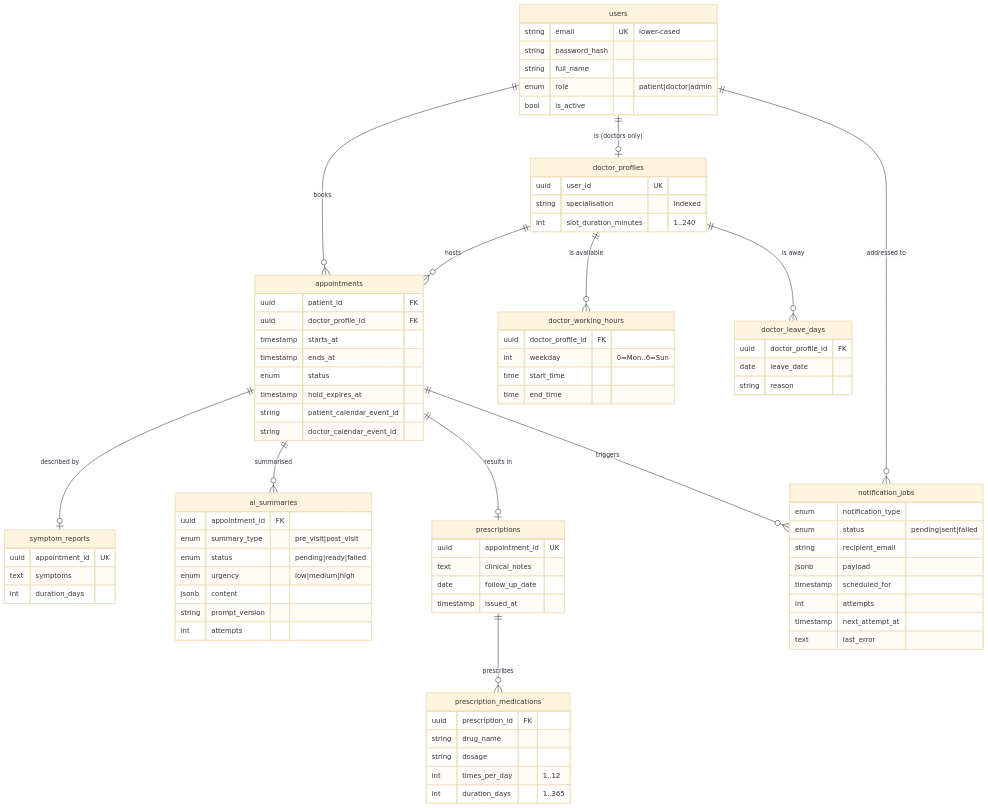
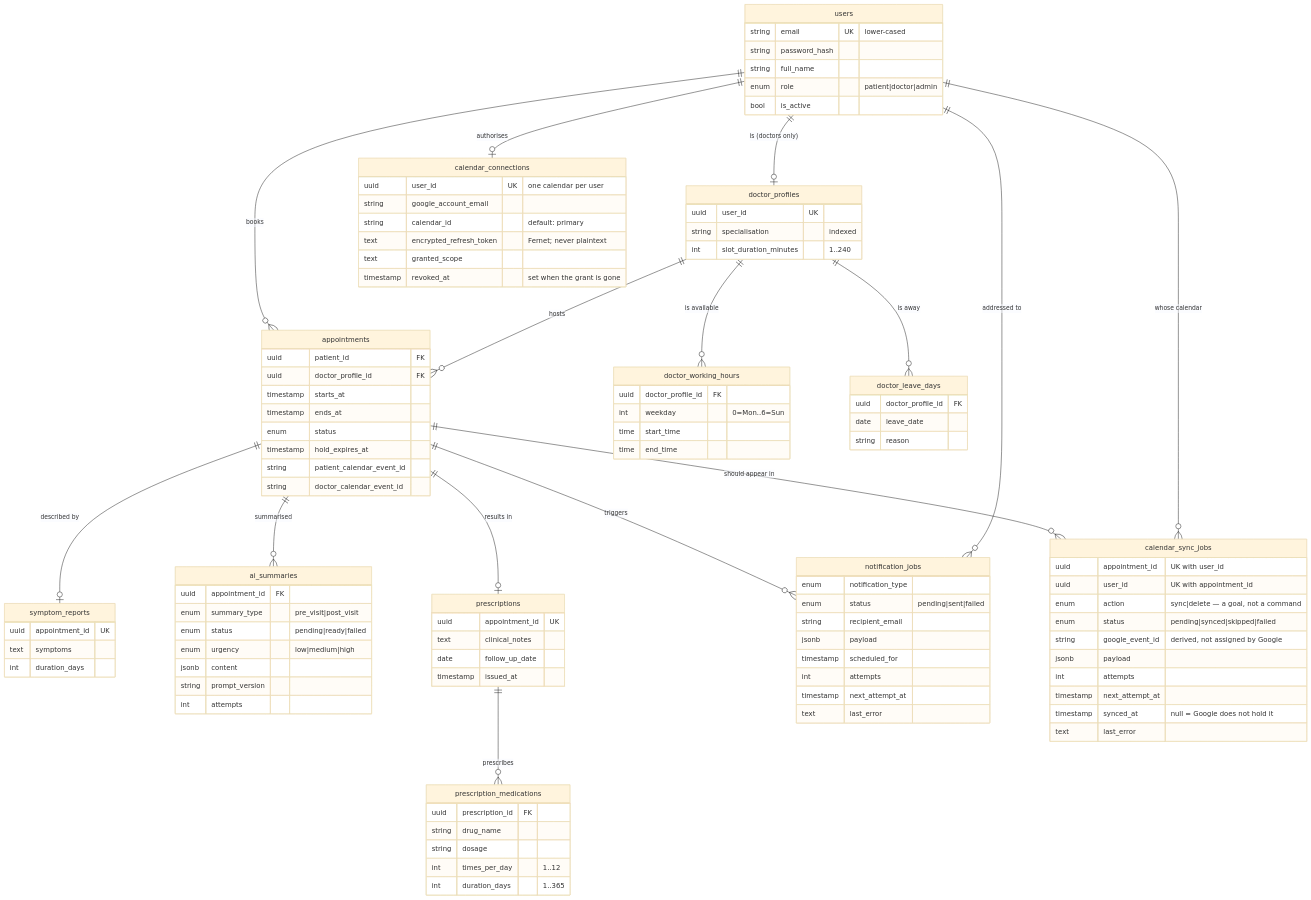
Before and after one commit to Nishant8677/Healthcare_Appointment_Manager: the diagram in docs/data-model.md, drawn with Mermaid (base theme). The commit also changed other lines of this file and 33 other files, not shown here.

First line of the commit message:
feat: sync appointments to Google Calendar as a desired-state reconciler

````diff
--- a/docs/data-model.md
+++ b/docs/data-model.md
@@ -17,6 +18,9 @@
     prescriptions ||--o{ prescription_medications : prescribes
     appointments ||--o{ notification_jobs : triggers
     users ||--o{ notification_jobs : "addressed to"
+    users ||--o| calendar_connections : "authorises"
+    appointments ||--o{ calendar_sync_jobs : "should appear in"
+    users ||--o{ calendar_sync_jobs : "whose calendar"
 
     users {
         string email UK "lower-cased"
@@ -88,4 +92,24 @@
         timestamp next_attempt_at
         text      last_error
     }
+    calendar_connections {
+        uuid      user_id UK "one calendar per user"
+        string    google_account_email
+        string    calendar_id "default: primary"
+        text      encrypted_refresh_token "Fernet; never plaintext"
+        text      granted_scope
+        timestamp revoked_at "set when the grant is gone"
+    }
+    calendar_sync_jobs {
+        uuid      appointment_id "UK with user_id"
+        uuid      user_id "UK with appointment_id"
+        enum      action "sync|delete — a goal, not a command"
+        enum      status "pending|synced|skipped|failed"
+        string    google_event_id "derived, not assigned by Google"
+        jsonb     payload
+        int       attempts
+        timestamp next_attempt_at
+        timestamp synced_at "null = Google does not hold it"
+        text      last_error
+    }
 ```
````
